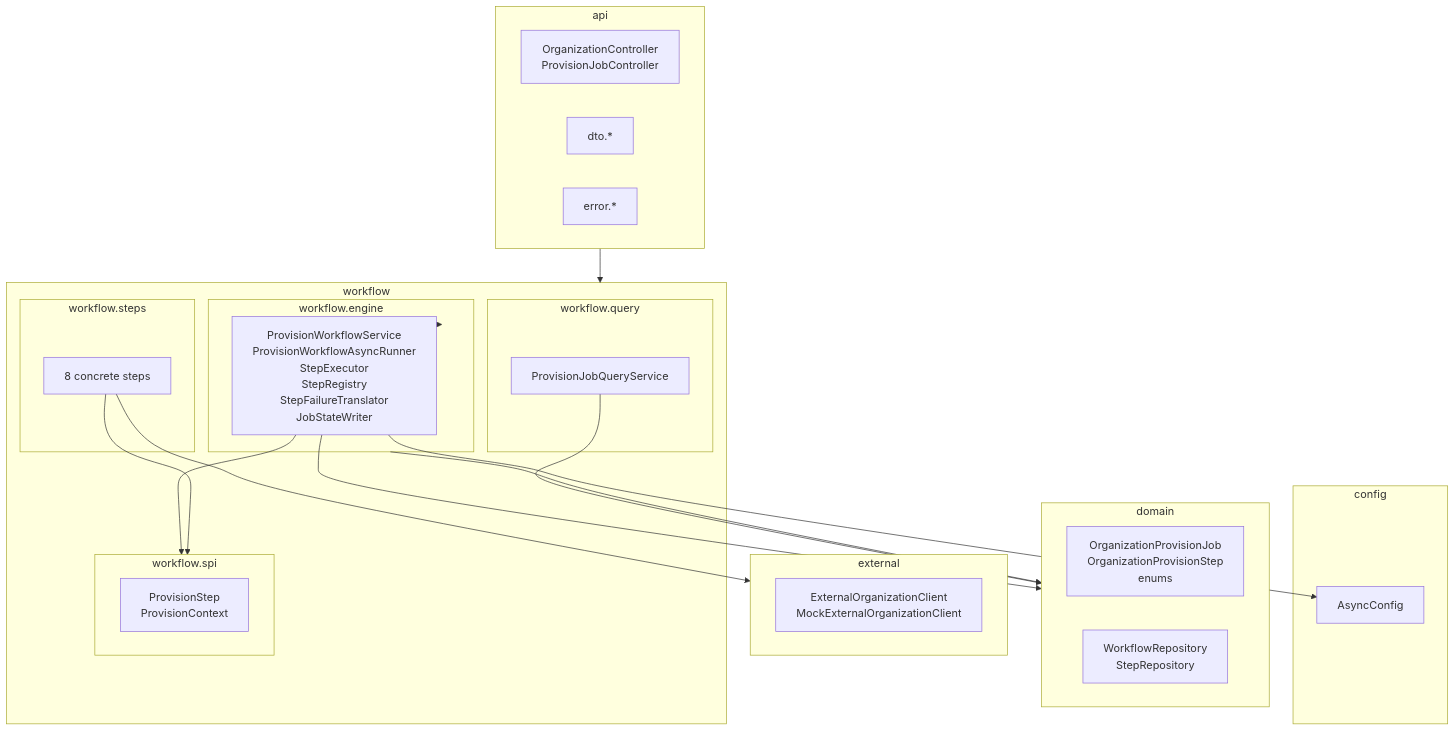
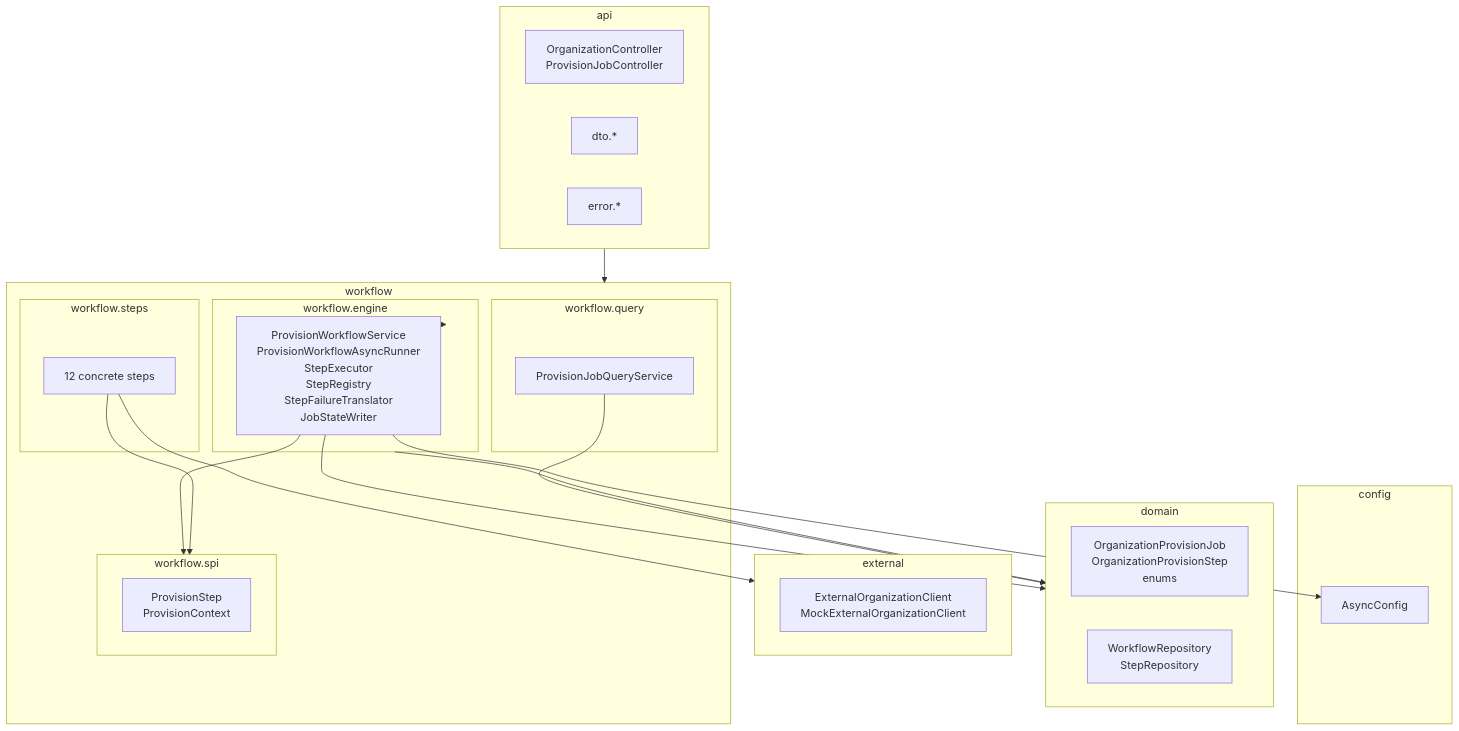
The first of 6 diagrams in docs/diagrams.md (bora-arch/create-org-poc), drawn with Mermaid before and after one commit. The commit also changed other lines of this file and 24 other files, not shown here.

First line of the commit message:
Refactor StepName to domain-specific provisioning steps

````diff
--- a/docs/diagrams.md
+++ b/docs/diagrams.md
@@ -7,46 +7,46 @@
 ```mermaid
 flowchart TB
     subgraph api["api"]
         controllers["OrganizationController<br/>ProvisionJobController"]
         dtos["dto.*"]
         errs["error.*"]
     end
 
     subgraph workflow["workflow"]
         subgraph spi["workflow.spi"]
             step_iface["ProvisionStep<br/>ProvisionContext"]
         end
         subgraph engine["workflow.engine"]
             orch["ProvisionWorkflowService<br/>ProvisionWorkflowAsyncRunner<br/>StepExecutor<br/>StepRegistry<br/>StepFailureTranslator<br/>JobStateWriter"]
         end
         subgraph steps["workflow.steps"]
-            step_beans["8 concrete steps"]
+            step_beans["12 concrete steps"]
         end
         subgraph query["workflow.query"]
             qs["ProvisionJobQueryService"]
         end
     end
 
     subgraph domain["domain"]
         entities["OrganizationProvisionJob<br/>OrganizationProvisionStep<br/>enums"]
         repos["WorkflowRepository<br/>StepRepository"]
     end
 
     subgraph external["external"]
         ext["ExternalOrganizationClient<br/>MockExternalOrganizationClient"]
     end
 
     subgraph config["config"]
         cfg["AsyncConfig"]
     end
 
     api --> workflow
     orch --> spi
     orch --> engine
     orch --> domain
     step_beans --> spi
     step_beans --> external
     qs --> domain
     engine --> domain
     orch --> cfg
 ```
````
